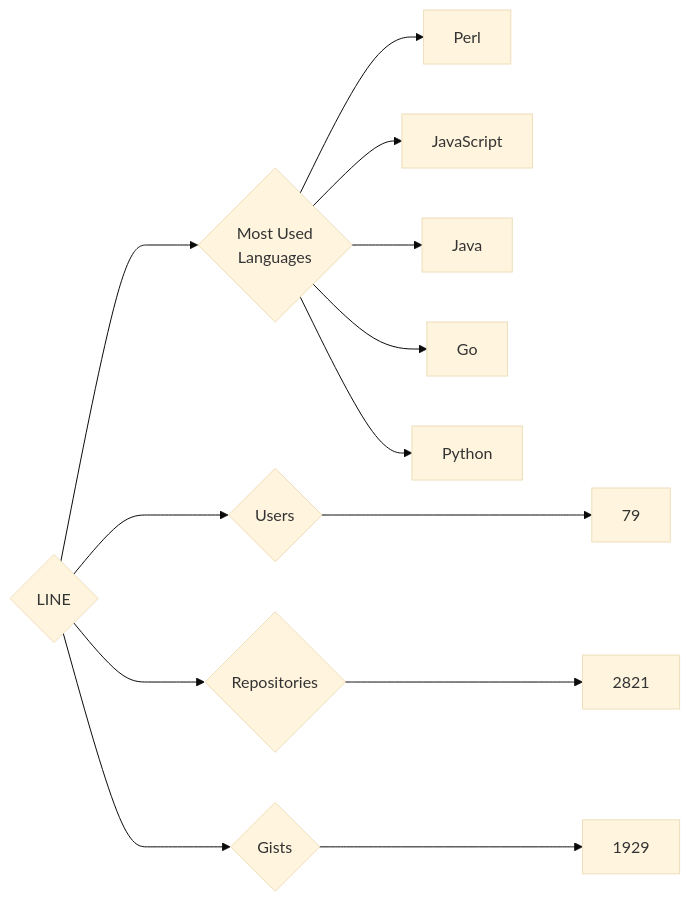
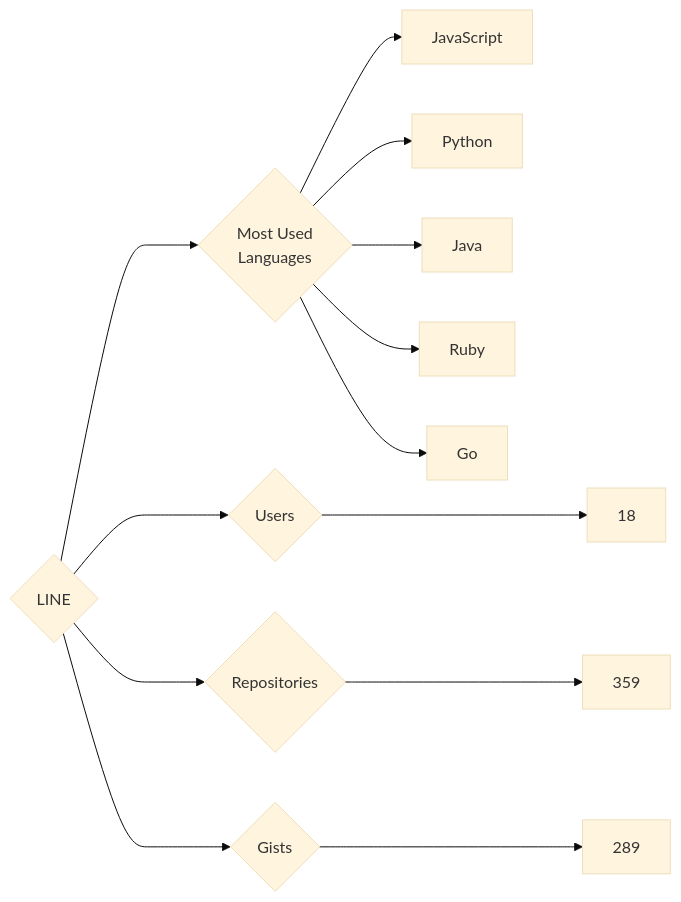
One commit to trickest/insiders changed the diagram in targets/LINE/README.md. Above: the diagram before and after it, drawn with Mermaid (base theme). The commit also changed 924 other files, not shown here.

````diff
--- a/targets/LINE/README.md
+++ b/targets/LINE/README.md
@@ -3,13 +3,13 @@
 ```mermaid
 graph LR
 COMPANY_NAME{LINE}
-COMPANY_NAME ---> U{Users} ---> UN[79]
-COMPANY_NAME ---> R{Repositories} ---> RN[2821]
-COMPANY_NAME ---> G{Gists} ---> GN[1929]
+COMPANY_NAME ---> U{Users} ---> UN[18]
+COMPANY_NAME ---> R{Repositories} ---> RN[359]
+COMPANY_NAME ---> G{Gists} ---> GN[289]
 COMPANY_NAME ---> ML{Most Used<br>Languages}
-ML --> Perl[Perl]
 ML --> JavaScript[JavaScript]
+ML --> Python[Python]
 ML --> Java[Java]
+ML --> Ruby[Ruby]
 ML --> Go[Go]
-ML --> Python[Python]
 ```
````
